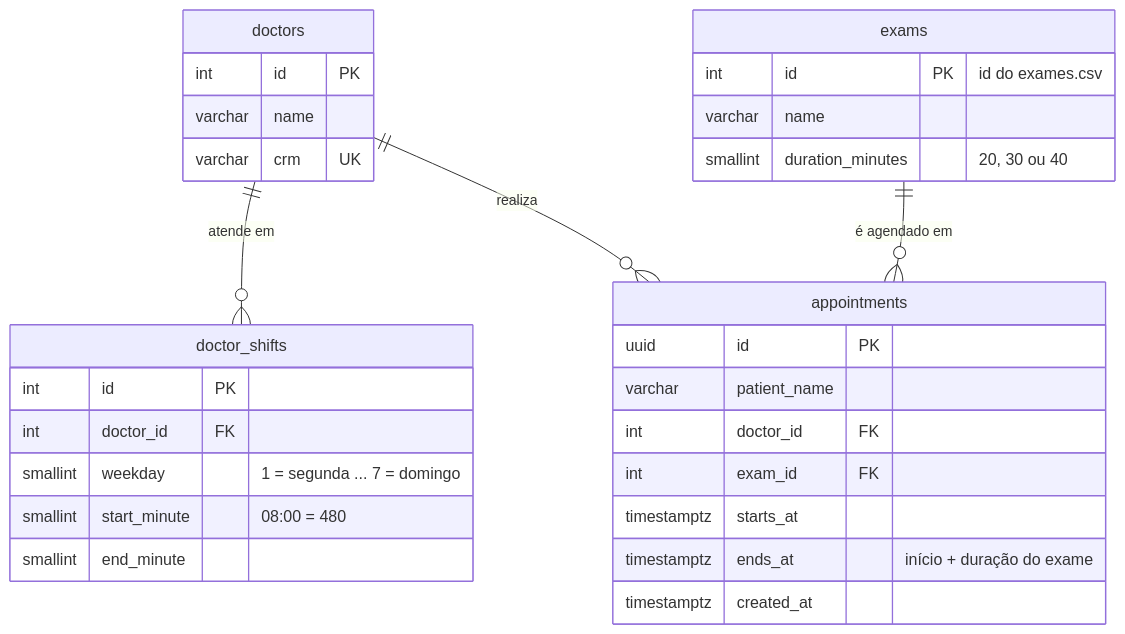
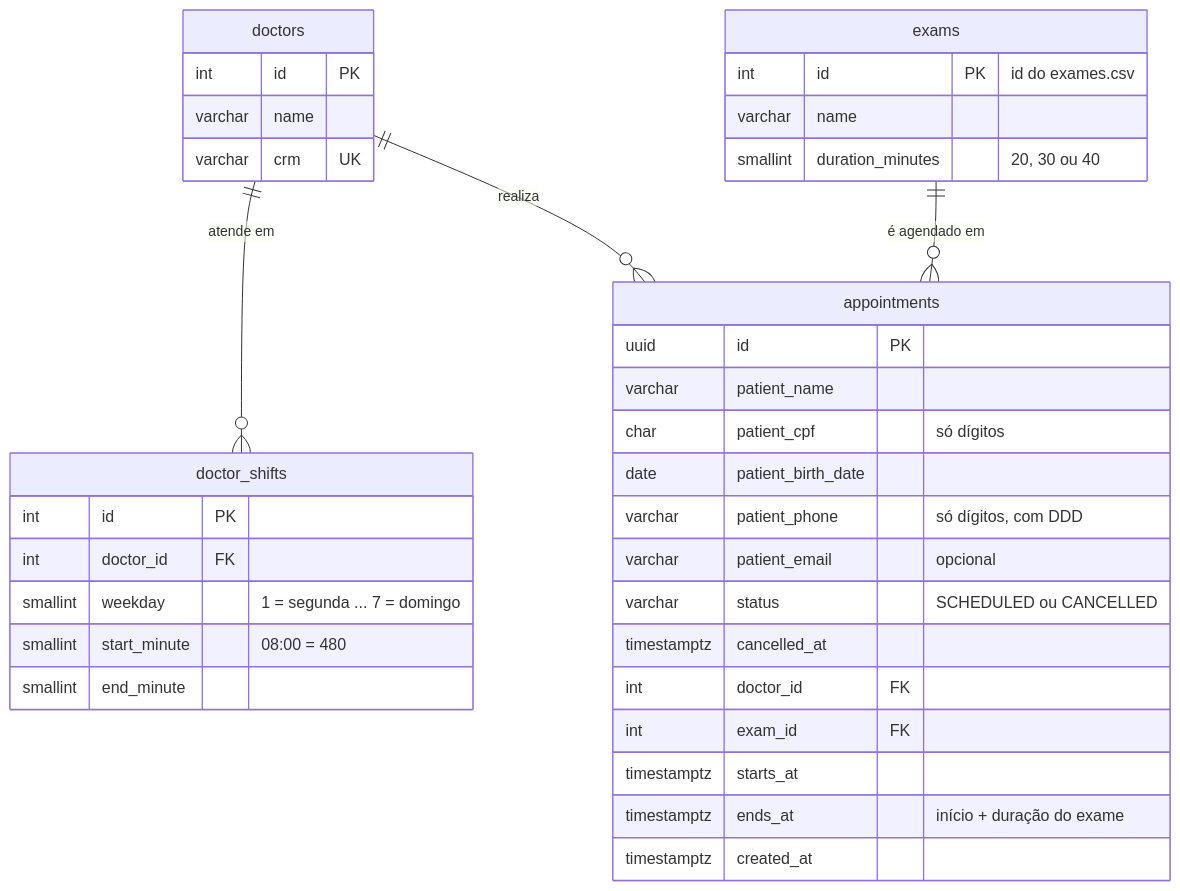
One commit to AndesondaCruz/agendamento-exames changed the second of 2 diagrams in README.md. Above: the diagram before and after it, drawn with Mermaid. The commit also changed other lines of this file and 25 other files, not shown here.

````diff
--- a/README.md
+++ b/README.md
@@ -230,32 +246,38 @@
 ```mermaid
 erDiagram
     doctors ||--o{ doctor_shifts : "atende em"
     doctors ||--o{ appointments : "realiza"
     exams ||--o{ appointments : "é agendado em"
     doctors {
         int id PK
         varchar name
         varchar crm UK
     }
     doctor_shifts {
         int id PK
         int doctor_id FK
         smallint weekday "1 = segunda ... 7 = domingo"
         smallint start_minute "08:00 = 480"
         smallint end_minute
     }
     exams {
         int id PK "id do exames.csv"
         varchar name
         smallint duration_minutes "20, 30 ou 40"
     }
     appointments {
         uuid id PK
         varchar patient_name
+        char patient_cpf "só dígitos"
+        date patient_birth_date
+        varchar patient_phone "só dígitos, com DDD"
+        varchar patient_email "opcional"
+        varchar status "SCHEDULED ou CANCELLED"
+        timestamptz cancelled_at
         int doctor_id FK
         int exam_id FK
         timestamptz starts_at
         timestamptz ends_at "início + duração do exame"
         timestamptz created_at
     }
 ```
````
